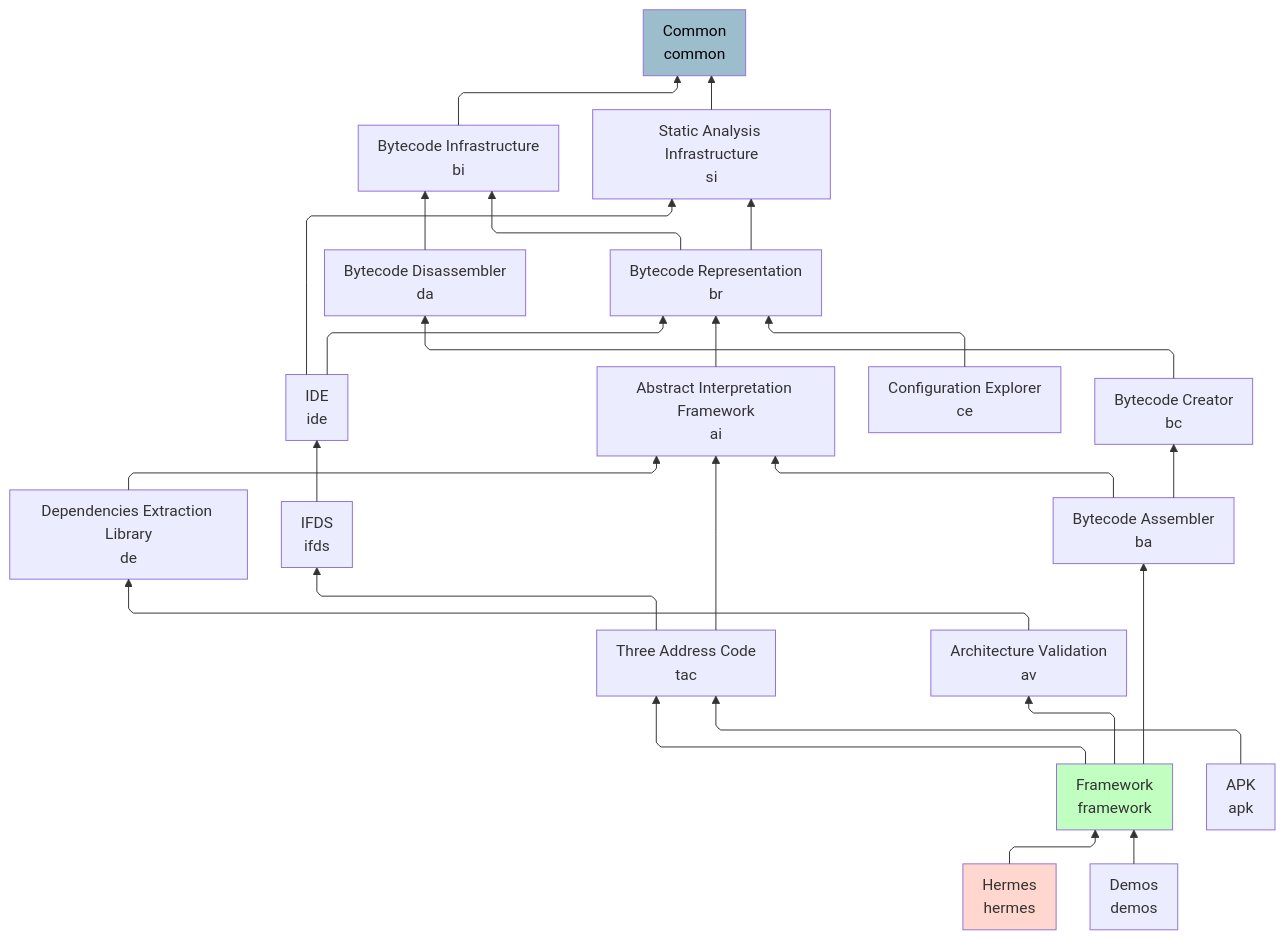
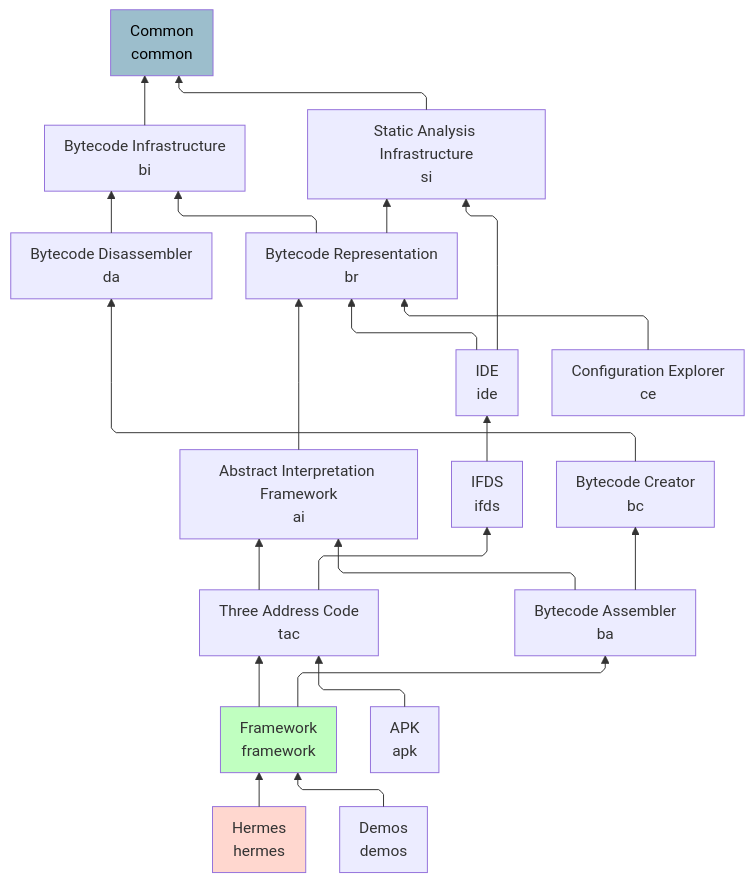
Before and after one commit to opalj/opal: the diagram in OPAL/ProjectDependencies.mmd, drawn with Mermaid. The commit also changed 57 other files, not shown here.

Commit message:
Remove Dependency Extraction and Architecture Validation subprojects

```diff
--- a/OPAL/ProjectDependencies.mmd
+++ b/OPAL/ProjectDependencies.mmd
@@ -1,48 +1,43 @@
 %%{ init: { 'flowchart': { 'defaultRenderer': 'elk', 'curve': 'linear', 'padding': 10, 'wrappingWidth': 205 } } }%%
 flowchart BT
     Framework[Framework<br>framework]
     ThreeAddressCode[Three Address Code<br>tac]
     APK[APK<br>apk]
-    DependenciesExtractionLibrary[Dependencies Extraction Library<br>de]
     IDE[IDE<br>ide]
     BytecodeInfrastructure[Bytecode Infrastructure<br>bi]
     AbstractInterpretationFramework[Abstract Interpretation Framework<br>ai]
     Hermes[Hermes<br>hermes]
     ConfigurationExplorer[Configuration Explorer<br>ce]
     Common[Common<br>common]
     BytecodeDisassembler[Bytecode Disassembler<br>da]
     StaticAnalysisInfrastructure[Static Analysis Infrastructure<br>si]
     IFDS[IFDS<br>ifds]
     BytecodeRepresentation[Bytecode Representation<br>br]
     BytecodeAssembler[Bytecode Assembler<br>ba]
-    ArchitectureValidation[Architecture Validation<br>av]
     Demos[Demos<br>demos]
     BytecodeCreator[Bytecode Creator<br>bc]
 
     style Common fill:#9cbecc,color:black
     style Framework fill:#c0ffc0
     style Hermes fill:#ffd7cf
 
     Framework --> BytecodeAssembler
-    Framework --> ArchitectureValidation
     Framework --> ThreeAddressCode
     ThreeAddressCode --> AbstractInterpretationFramework
     ThreeAddressCode --> IFDS
     APK --> ThreeAddressCode
-    DependenciesExtractionLibrary --> AbstractInterpretationFramework
     IDE --> StaticAnalysisInfrastructure
     IDE --> BytecodeRepresentation
     BytecodeInfrastructure --> Common
     AbstractInterpretationFramework --> BytecodeRepresentation
     Hermes --> Framework
     ConfigurationExplorer --> BytecodeRepresentation
     BytecodeDisassembler --> BytecodeInfrastructure
     StaticAnalysisInfrastructure --> Common
     IFDS --> IDE
     BytecodeRepresentation --> StaticAnalysisInfrastructure
     BytecodeRepresentation --> BytecodeInfrastructure
     BytecodeAssembler --> BytecodeCreator
     BytecodeAssembler --> AbstractInterpretationFramework
-    ArchitectureValidation --> DependenciesExtractionLibrary
     Demos --> Framework
     BytecodeCreator --> BytecodeDisassembler
```
